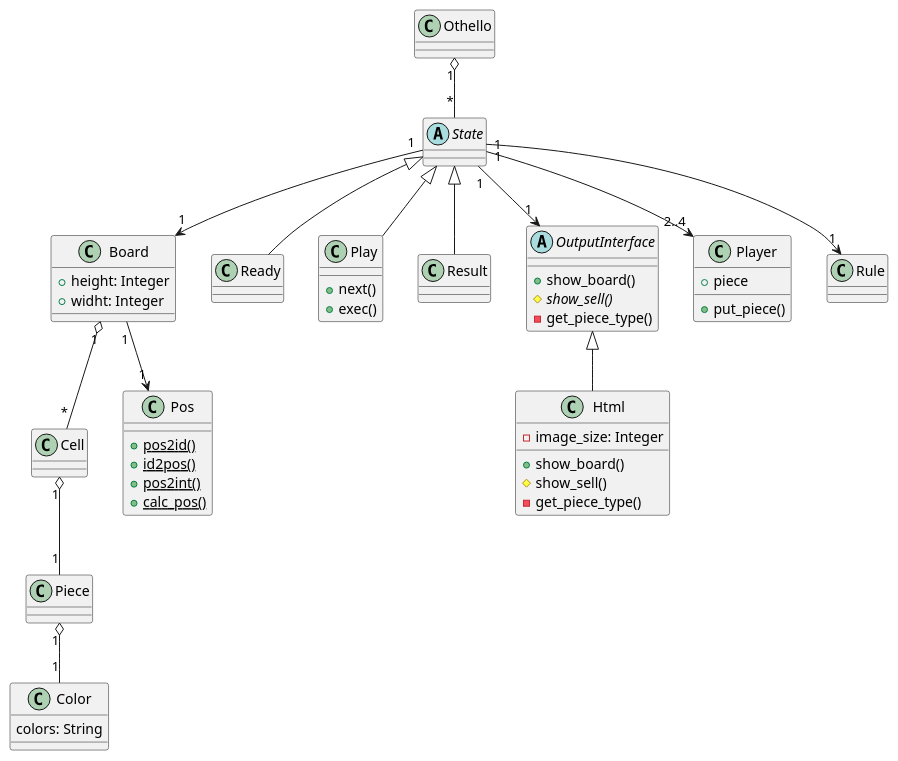
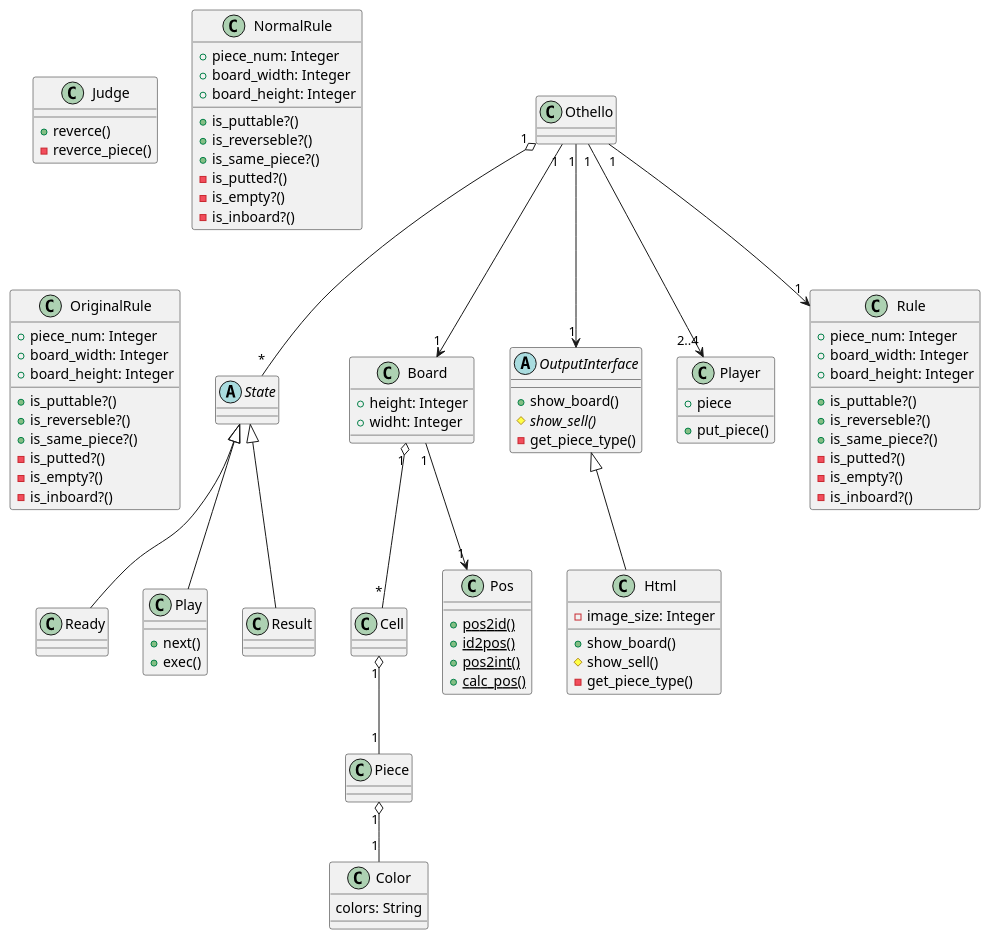
Before and after one commit to MaxMEllon/AppBox: the diagram in uml/othello.pu, drawn with PlantUML. The commit also changed 1 other file, not shown here.

Commit message:
edit: uml

```diff
--- a/uml/othello.pu
+++ b/uml/othello.pu
@@ -1,77 +1,130 @@
 @startuml{othello.png}
 
 class Othello {
 }
 
 abstract State {
 }
 
 class Board {
   +height: Integer
   +widht: Integer
 }
 
 class Cell {
 }
 
 class Piece {
 }
+
+class Piece {
+}
+
 class Color {
   colors: String
 }
 
 class Pos {
   +{static} pos2id()
   +{static} id2pos()
   +{static} pos2int()
   +{static} calc_pos()
 }
 
 class Ready {
 }
 
 class Play {
   +next()
   +exec()
 }
 
 class Result {
 }
 
 abstract OutputInterface {
   +show_board()
   #{abstract} show_sell()
   -get_piece_type()
 }
 
 class Html {
   -image_size: Integer
 
   +show_board()
   #show_sell()
   -get_piece_type()
 }
+
 class Player {
   +piece
   +put_piece()
 }
 
+class Judge {
+  +reverce()
+  -reverce_piece()
+}
+
+' Rule {{{
+class Rule {
+  +piece_num: Integer
+  +board_width: Integer
+  +board_height: Integer
+
+  +is_puttable?()
+  +is_reverseble?()
+  +is_same_piece?()
+  -is_putted?()
+  -is_empty?()
+  -is_inboard?()
+}
+
+class NormalRule {
+  +piece_num: Integer
+  +board_width: Integer
+  +board_height: Integer
+
+  +is_puttable?()
+  +is_reverseble?()
+  +is_same_piece?()
+  -is_putted?()
+  -is_empty?()
+  -is_inboard?()
+}
+
+class OriginalRule {
+  +piece_num: Integer
+  +board_width: Integer
+  +board_height: Integer
+
+  +is_puttable?()
+  +is_reverseble?()
+  +is_same_piece?()
+  -is_putted?()
+  -is_empty?()
+  -is_inboard?()
+}
+' }}}
+
+' 関連 {{{
 Othello "1" o-- "*" State
+Othello "1" --> "1" OutputInterface
+Othello "1" --> "1" Board
+Othello "1" --> "2..4" Player
+Othello "1" --> "1" Rule
 
 State <|-- Ready
 State <|-- Play
 State <|-- Result
-State "1" --> "1" OutputInterface
-State "1" --> "1" Board
-State "1" --> "2..4" Player
-State "1" --> "1" Rule
 
 Board "1" --> "1" Pos
 Board "1" o-- "*" Cell
 
-Cell "1" o-- "1" Piece
+Cell  "1" o-- "1" Piece
 Piece "1" o-- "1" Color
 
 OutputInterface <|-- Html
+' }}}
 
 @enduml
```
